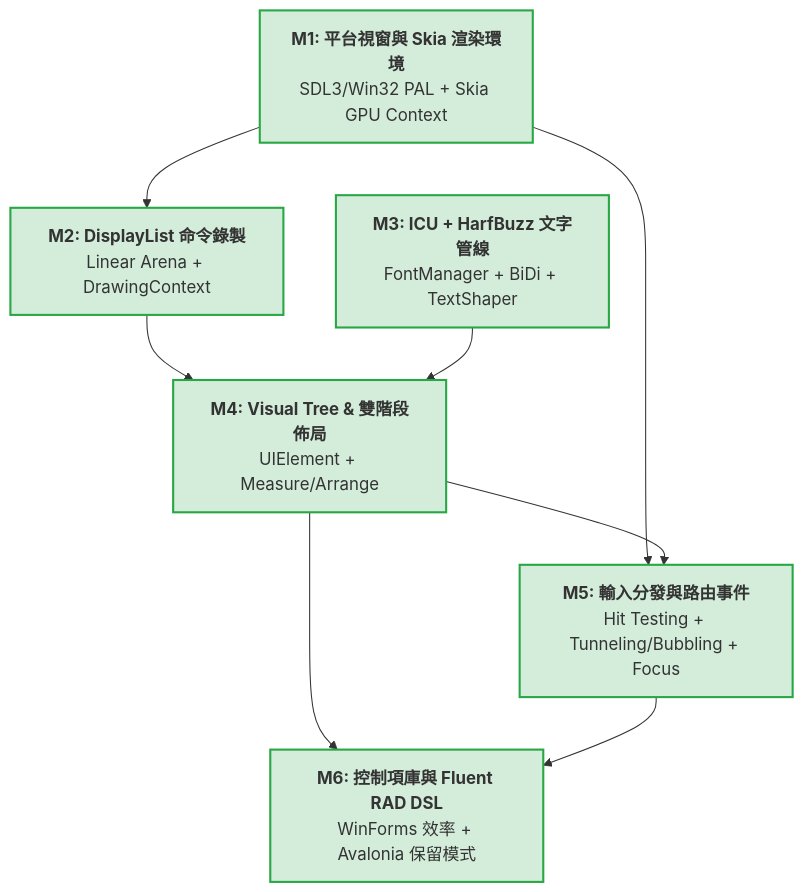
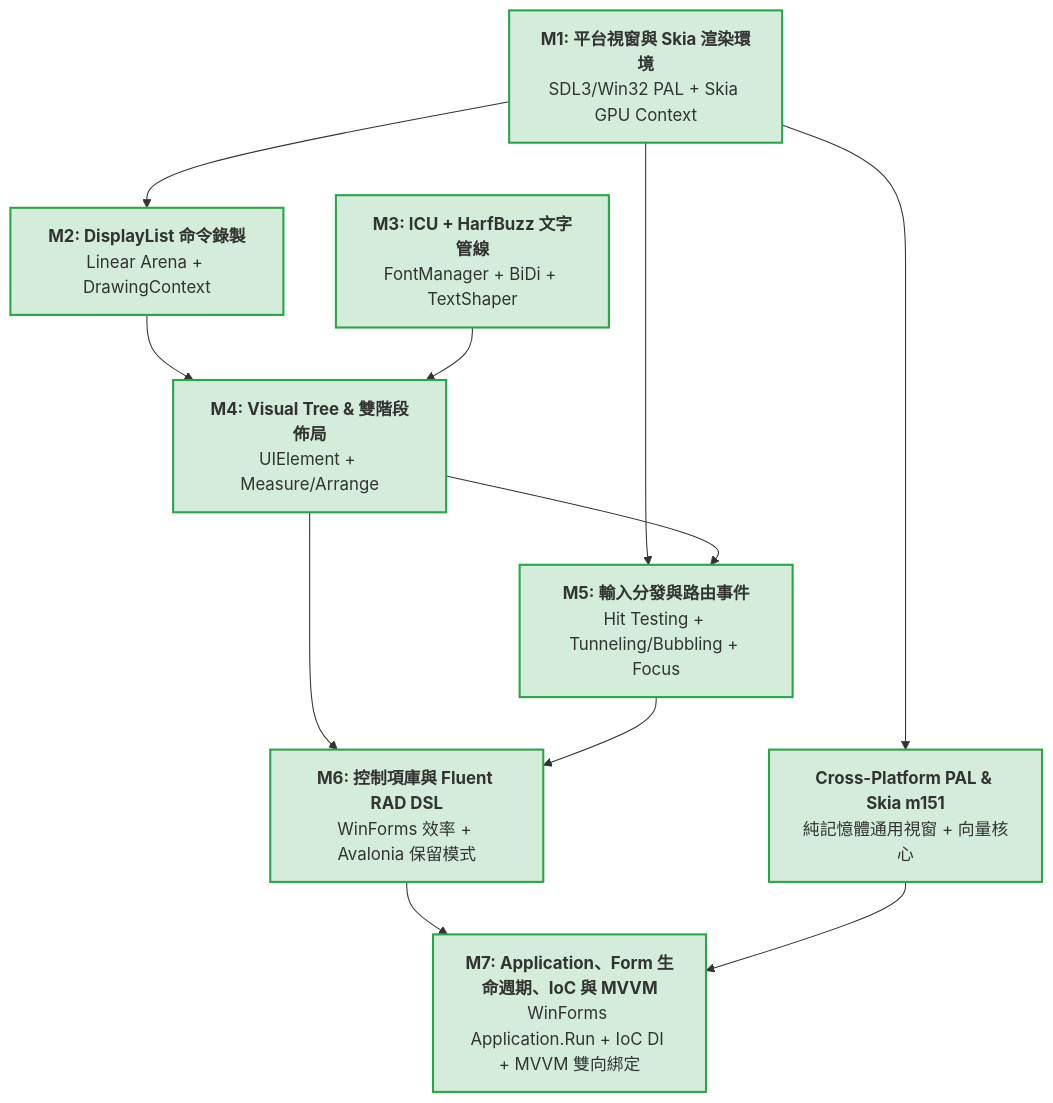
The diagram in docs/roadmap/target_map.md (willy050209/CPP-UI), drawn with Mermaid before and after one commit. The commit also changed other lines of this file and 35 other files, not shown here.

Commit message:
feat(app,mvvm,ioc): implement Application sealed hub, Form lifecycle, IoC container, and MVVM framework (Milestone 7)

````diff
--- a/docs/roadmap/target_map.md
+++ b/docs/roadmap/target_map.md
@@ -9,21 +9,25 @@
 ```mermaid
 graph TD
     M1["<b>M1: 平台視窗與 Skia 渲染環境</b><br/>SDL3/Win32 PAL + Skia GPU Context"]
     M2["<b>M2: DisplayList 命令錄製</b><br/>Linear Arena + DrawingContext"]
     M3["<b>M3: ICU + HarfBuzz 文字管線</b><br/>FontManager + BiDi + TextShaper"]
     M4["<b>M4: Visual Tree & 雙階段佈局</b><br/>UIElement + Measure/Arrange"]
     M5["<b>M5: 輸入分發與路由事件</b><br/>Hit Testing + Tunneling/Bubbling + Focus"]
     M6["<b>M6: 控制項庫與 Fluent RAD DSL</b><br/>WinForms 效率 + Avalonia 保留模式"]
+    CrossPAL["<b>Cross-Platform PAL & Skia m151</b><br/>純記憶體通用視窗 + 向量核心"]
+    M7["<b>M7: Application、Form 生命週期、IoC 與 MVVM</b><br/>WinForms Application.Run + IoC DI + MVVM 雙向綁定"]
 
     M1 --> M2
     M1 --> M5
     M2 --> M4
     M3 --> M4
     M4 --> M5
     M4 --> M6
     M5 --> M6
+    M1 --> CrossPAL
+    M6 --> M7
+    CrossPAL --> M7
 
     classDef done fill:#d4edda,stroke:#28a745,stroke-width:2px;
-    classDef planned fill:#e2e3e5,stroke:#6c757d,stroke-width:2px;
-    class M1,M2,M3,M4,M5,M6 done;
+    class M1,M2,M3,M4,M5,M6,CrossPAL,M7 done;
 ```
````
